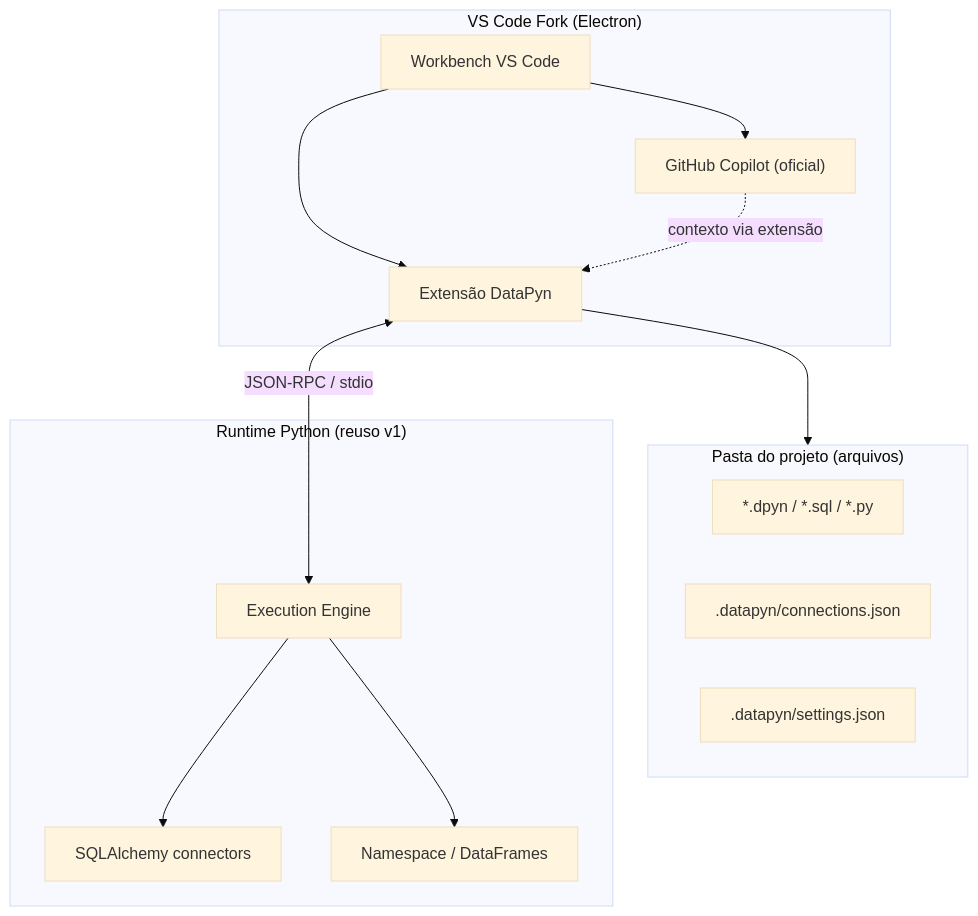
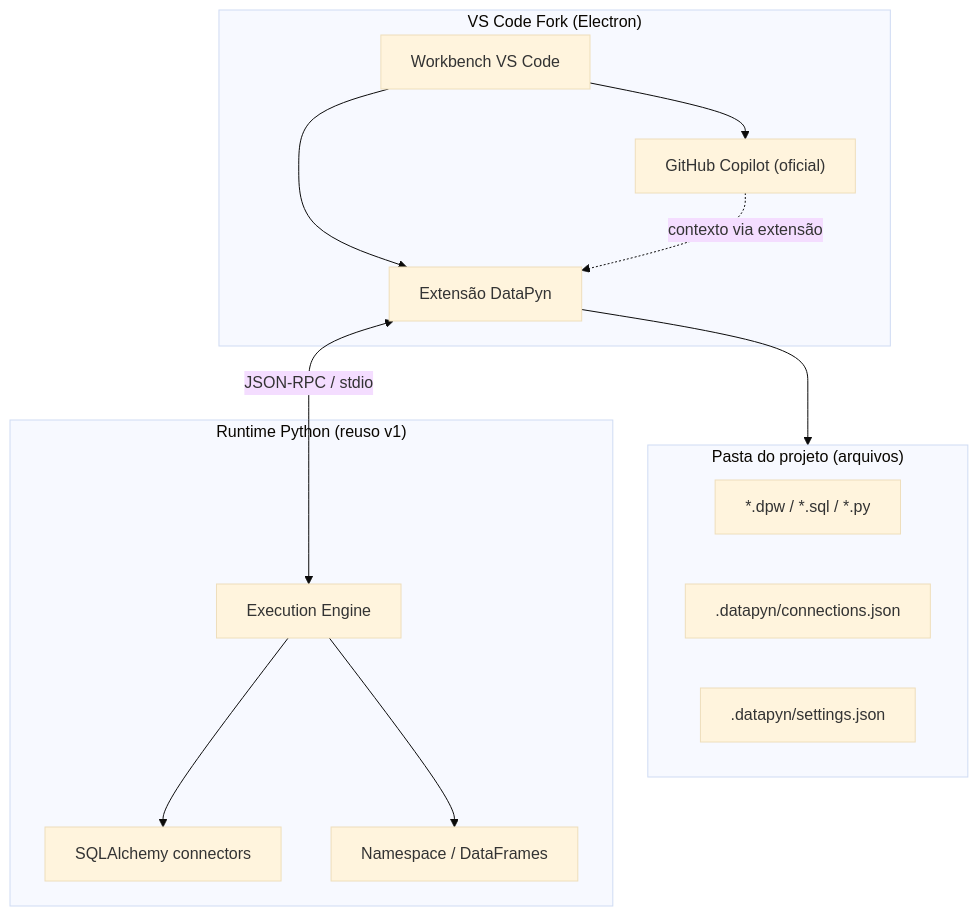
One commit to natharuc/datapyn changed the diagram in docs/DATAPYN_V2_MIGRATION_PLAN.md. Above: the diagram before and after it, drawn with Mermaid (base theme). The commit also changed other lines of this file and 6 other files, not shown here.

````diff
--- a/docs/DATAPYN_V2_MIGRATION_PLAN.md
+++ b/docs/DATAPYN_V2_MIGRATION_PLAN.md
@@ -71,28 +84,28 @@
 ```mermaid
 flowchart TB
     subgraph vscode ["VS Code Fork (Electron)"]
         UI["Workbench VS Code"]
         CopilotExt["GitHub Copilot (oficial)"]
         DatapynExt["Extensão DataPyn"]
         UI --> DatapynExt
         UI --> CopilotExt
     end
 
     subgraph project ["Pasta do projeto (arquivos)"]
-        DPW["*.dpyn / *.sql / *.py"]
+        DPW["*.dpw / *.sql / *.py"]
         Conn[".datapyn/connections.json"]
         Meta[".datapyn/settings.json"]
     end
 
     subgraph runtime ["Runtime Python (reuso v1)"]
         Exec["Execution Engine"]
         DB["SQLAlchemy connectors"]
         NS["Namespace / DataFrames"]
     end
 
     DatapynExt <-->|"JSON-RPC / stdio"| Exec
     DatapynExt --> project
     Exec --> DB
     Exec --> NS
     CopilotExt -.->|"contexto via extensão"| DatapynExt
 ```
````
